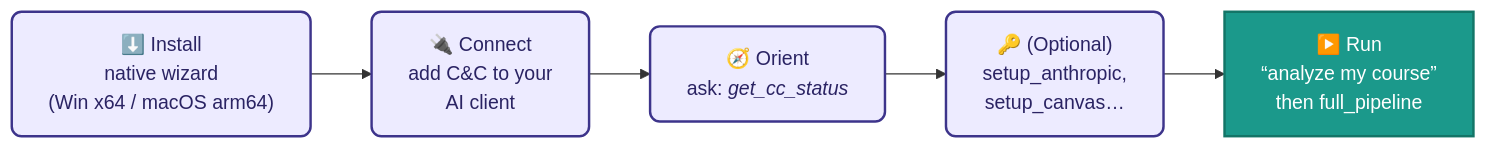
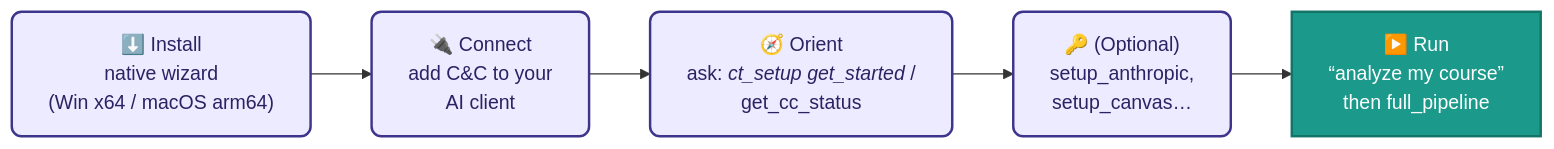
The seventh of 7 diagrams in docs/visual-guide/README.md (Ryfter/canvas-toolchain), drawn with Mermaid before and after one commit. The commit also changed 24 other files, not shown here.

````diff
--- a/docs/visual-guide/README.md
+++ b/docs/visual-guide/README.md
@@ -222,14 +222,14 @@
 ```mermaid
 flowchart LR
     S1["⬇️ Install<br/>native wizard<br/>(Win x64 / macOS arm64)"]
     S2["🔌 Connect<br/>add C&C to your<br/>AI client"]
-    S3["🧭 Orient<br/>ask: <i>get_cc_status</i>"]
+    S3["🧭 Orient<br/>ask: <i>ct_setup get_started</i> /<br/>get_cc_status"]
     S4["🔑 (Optional)<br/>setup_anthropic,<br/>setup_canvas…"]
     S5["▶️ Run<br/>“analyze my course”<br/>then full_pipeline"]
 
     S1 --> S2 --> S3 --> S4 --> S5
 
     classDef a fill:#EDEBFF,stroke:#3D348B,stroke-width:2px,color:#2A2363,rx:8,ry:8;
     classDef go fill:#1B998B,stroke:#137567,stroke-width:2px,color:#fff;
     class S1,S2,S3,S4 a; class S5 go;
 ```
````
